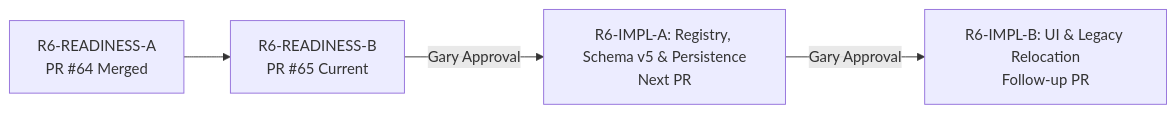
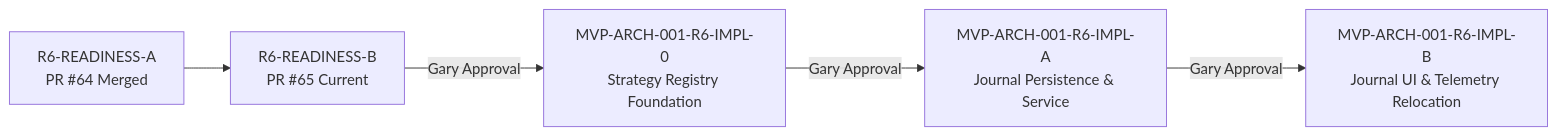
The second of 2 diagrams in docs/product/MVP-ARCH-001-R6-READINESS-B.md (gyairbyte/TradeX), drawn with Mermaid before and after one commit. The commit also changed other lines of this file, not shown here.

Commit message:
MVP-ARCH-001-R6-READINESS-B: close auditability, provenance, determinism, and packaging gaps

````diff
--- a/docs/product/MVP-ARCH-001-R6-READINESS-B.md
+++ b/docs/product/MVP-ARCH-001-R6-READINESS-B.md
@@ -321,6 +355,7 @@
 ```mermaid
 flowchart LR
     A[R6-READINESS-A<br/>PR #64 Merged] --> B[R6-READINESS-B<br/>PR #65 Current]
-    B -->|Gary Approval| C[R6-IMPL-A: Registry, Schema v5 & Persistence<br/>Next PR]
-    C -->|Gary Approval| D[R6-IMPL-B: UI & Legacy Relocation<br/>Follow-up PR]
+    B -->|Gary Approval| C[MVP-ARCH-001-R6-IMPL-0<br/>Strategy Registry Foundation]
+    C -->|Gary Approval| D[MVP-ARCH-001-R6-IMPL-A<br/>Journal Persistence & Service]
+    D -->|Gary Approval| E[MVP-ARCH-001-R6-IMPL-B<br/>Journal UI & Telemetry Relocation]
 ```
````
